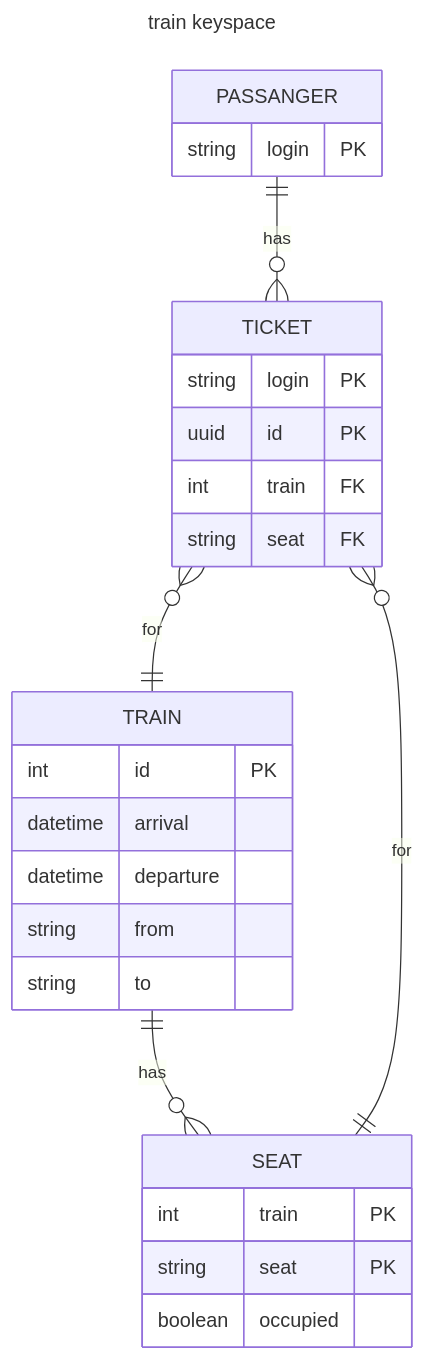
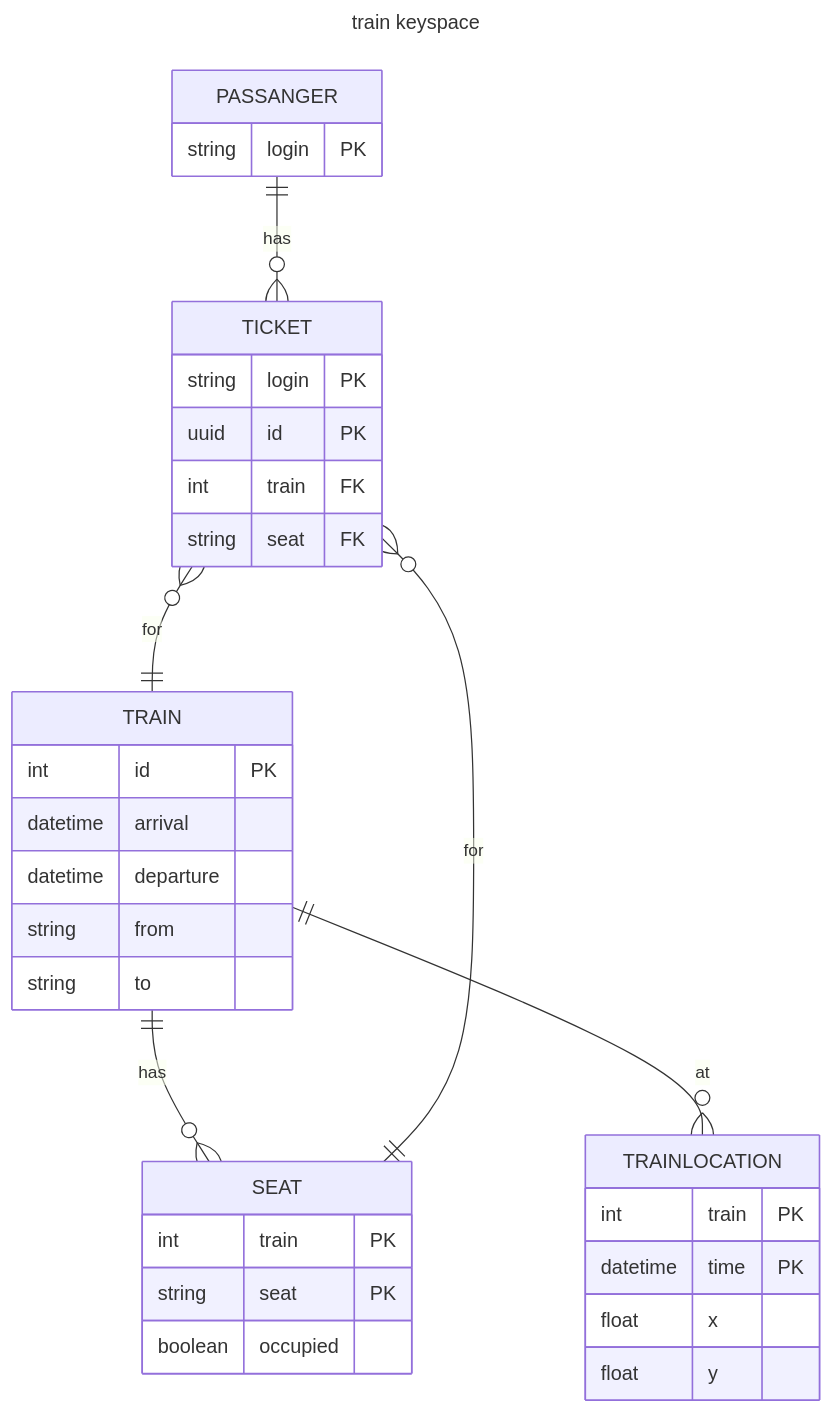
One commit to Wojciechm-AdapptLimited/train-scheduler changed the diagram in README.md. Above: the diagram before and after it, drawn with Mermaid. The commit also changed 1 other file, not shown here.

Commit message:
Add trainlocation to schema

````diff
--- a/README.md
+++ b/README.md
@@ -13,35 +13,42 @@
 ```mermaid
 ---
 title: train keyspace
 ---
 erDiagram
     TRAIN {
         int id PK
         datetime arrival
         datetime departure
         string from
         string to
+    }
+    TRAINLOCATION {
+        int train PK
+        datetime time PK
+        float x
+        float y
     }
 
     SEAT {
         int train PK
         string seat PK
         boolean occupied
     }
 
     PASSANGER {
         string login PK
     }
 
     TICKET {
         string login PK
         uuid id PK
         int train FK
         string seat FK
     }
 
+    TRAIN ||--o{ TRAINLOCATION : at
     TRAIN ||--o{ SEAT : has
     TICKET }o--|| SEAT : for
     TICKET }o--|| TRAIN : for
     PASSANGER ||--o{ TICKET : has
 ```
````
